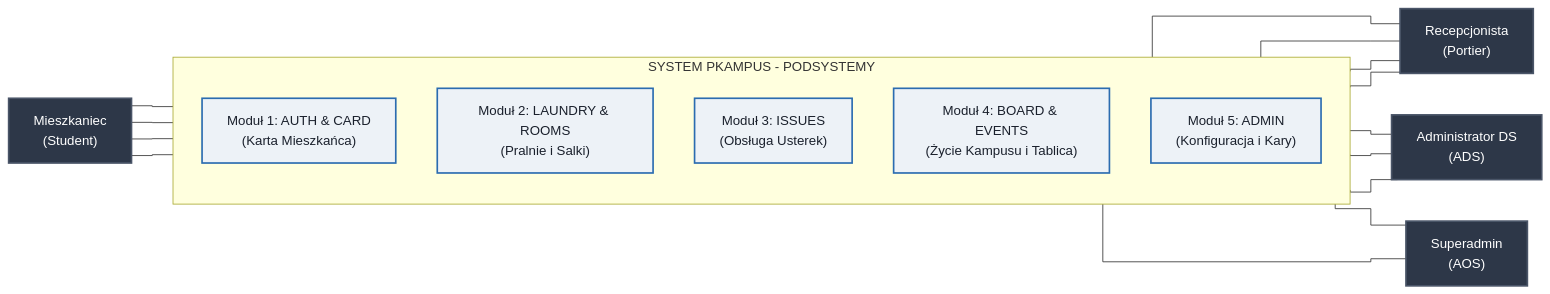
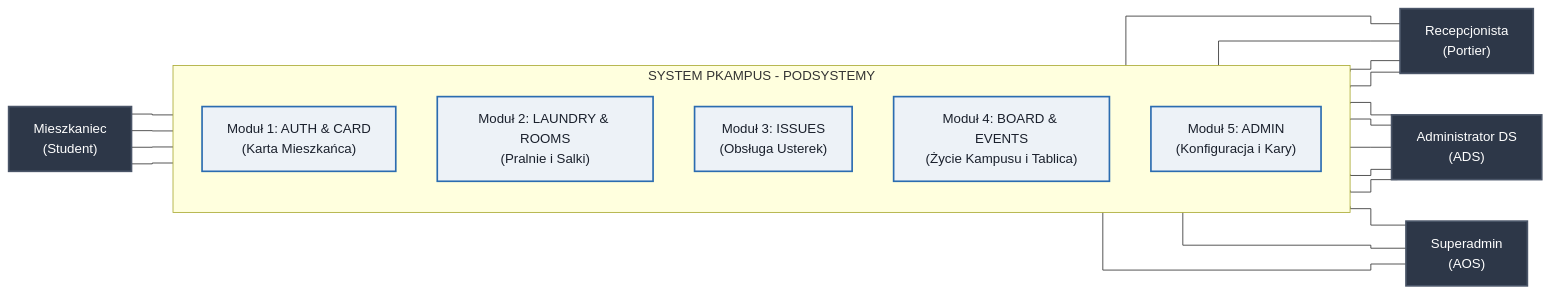
Before and after one commit to Buczy8/PKampus: the first of 8 diagrams in Docs/Diagramy_Przypadkow_Uzycia.md, drawn with Mermaid. The commit also changed other lines of this file and 4 other files, not shown here.

Commit message:
docs: update use case diagrams and database model for room booking and maintenance features

````diff
--- a/Docs/Diagramy_Przypadkow_Uzycia.md
+++ b/Docs/Diagramy_Przypadkow_Uzycia.md
@@ -17,41 +17,44 @@
 ```mermaid
 %%{init: {'flowchart': {'curve': 'stepBefore'}}}%%
 flowchart LR
     classDef studentStyle fill:#2d3748,stroke:#4a5568,stroke-width:2px,color:#fff;
     classDef staffStyle fill:#2d3748,stroke:#4a5568,stroke-width:2px,color:#fff;
     classDef moduleStyle fill:#edf2f7,stroke:#2b6cb0,stroke-width:2px,color:#1a202c;
 
     Student["Mieszkaniec<br/>(Student)"]:::studentStyle
 
     subgraph Granica_Systemu ["SYSTEM PKAMPUS - PODSYSTEMY"]
         direction TB
         M1["Moduł 1: AUTH & CARD<br/>(Karta Mieszkańca)"]:::moduleStyle
         M2["Moduł 2: LAUNDRY & ROOMS<br/>(Pralnie i Salki)"]:::moduleStyle
         M3["Moduł 3: ISSUES<br/>(Obsługa Usterek)"]:::moduleStyle
         M4["Moduł 4: BOARD & EVENTS<br/>(Życie Kampusu i Tablica)"]:::moduleStyle
         M5["Moduł 5: ADMIN<br/>(Konfiguracja i Kary)"]:::moduleStyle
     end
 
     Portier["Recepcjonista<br/>(Portier)"]:::staffStyle
     AdminDS["Administrator DS<br/>(ADS)"]:::staffStyle
     SuperAdmin["Superadmin<br/>(AOS)"]:::staffStyle
 
     %% Relacje Mieszkańca (lewa strona)
     Student --- M1
     Student --- M2
     Student --- M3
     Student --- M4
 
     %% Relacje Portiera (prawa strona - operacje codzienne i dyżurne)
     M1 --- Portier
     M2 --- Portier
     M3 --- Portier
     M4 --- Portier
 
     %% Relacje Administracji (prawa strona - nadzór i konfiguracja)
+    M1 --- AdminDS
+    M1 --- SuperAdmin
     M2 --- AdminDS
+    M3 --- AdminDS
     M4 --- AdminDS
     M4 --- SuperAdmin
     M5 --- AdminDS
     M5 --- SuperAdmin
 ```
````
